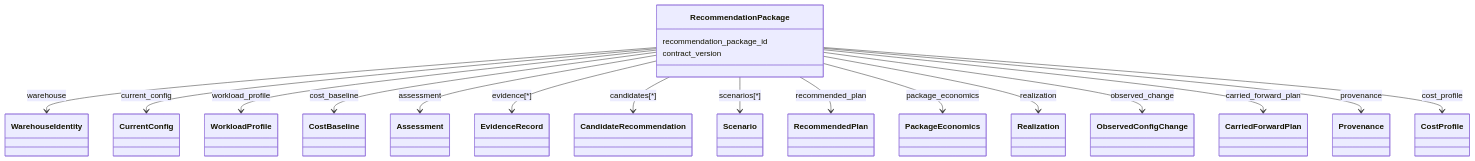
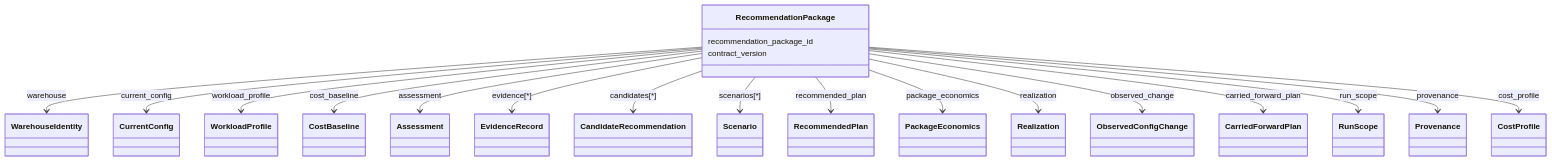
Before and after one commit to thiaga-gk/expert-funicular: diagram 15 of 19 in docs/architecture/lld.md, drawn with Mermaid. The commit also changed other lines of this file and 146 other files, not shown here.

````diff
--- a/docs/architecture/lld.md
+++ b/docs/architecture/lld.md
@@ -1348,22 +1363,23 @@
 ```mermaid
 classDiagram
     class RecommendationPackage {
       recommendation_package_id
       contract_version
     }
     RecommendationPackage --> WarehouseIdentity: warehouse
     RecommendationPackage --> CurrentConfig: current_config
     RecommendationPackage --> WorkloadProfile: workload_profile
     RecommendationPackage --> CostBaseline: cost_baseline
     RecommendationPackage --> Assessment: assessment
     RecommendationPackage --> EvidenceRecord: evidence[*]
     RecommendationPackage --> CandidateRecommendation: candidates[*]
     RecommendationPackage --> Scenario: scenarios[*]
     RecommendationPackage --> RecommendedPlan: recommended_plan
     RecommendationPackage --> PackageEconomics: package_economics
     RecommendationPackage --> Realization: realization
     RecommendationPackage --> ObservedConfigChange: observed_change
     RecommendationPackage --> CarriedForwardPlan: carried_forward_plan
+    RecommendationPackage --> RunScope: run_scope
     RecommendationPackage --> Provenance: provenance
     RecommendationPackage --> CostProfile: cost_profile
 ```
````
